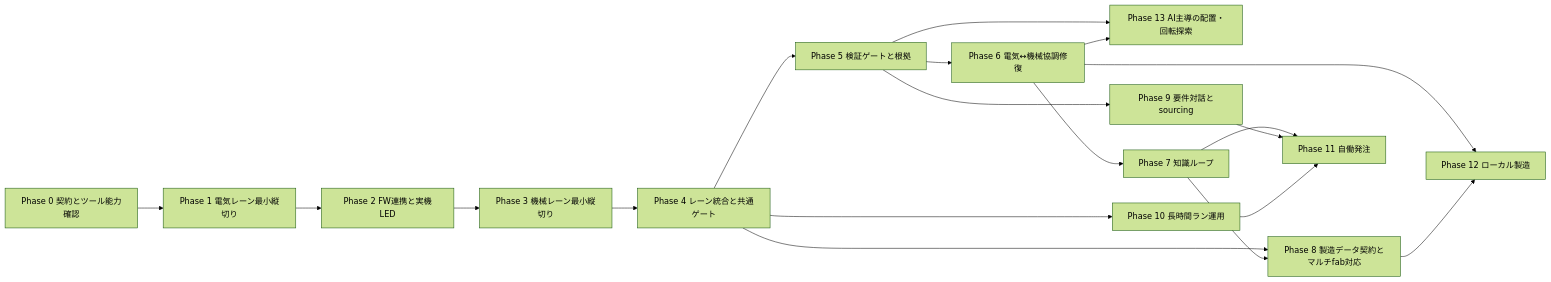
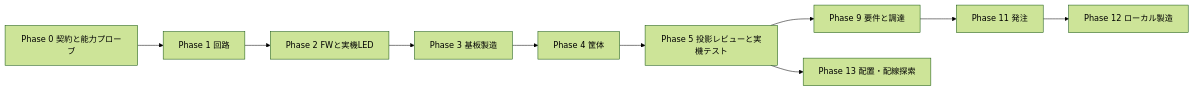
The diagram in docs/roadmap.md (uist1idrju3i/acd-agent), drawn with Mermaid (forest theme) before and after one commit. The commit also changed other lines of this file and 28 other files, not shown here.

````diff
--- a/docs/roadmap.md
+++ b/docs/roadmap.md
@@ -113,21 +31,12 @@
 ```mermaid
 flowchart LR
-    P0["Phase 0 契約とツール能力確認"] --> P1["Phase 1 電気レーン最小縦切り"]
-    P1 --> P2["Phase 2 FW連携と実機LED"]
-    P2 --> P3["Phase 3 機械レーン最小縦切り"]
-    P3 --> P4["Phase 4 レーン統合と共通ゲート"]
-    P4 --> P5["Phase 5 検証ゲートと根拠"]
-    P5 --> P6["Phase 6 電気↔機械協調修復"]
-    P5 --> P13["Phase 13 AI主導の配置・回転探索"]
-    P6 --> P13
-    P6 --> P7["Phase 7 知識ループ"]
-    P4 --> P8["Phase 8 製造データ契約とマルチfab対応"]
-    P7 --> P8
-    P5 --> P9["Phase 9 要件対話とsourcing"]
-    P4 --> P10["Phase 10 長時間ラン運用"]
-    P7 --> P11["Phase 11 自働発注"]
-    P9 --> P11
-    P10 --> P11
-    P6 --> P12["Phase 12 ローカル製造"]
-    P8 --> P12
+    P0[Phase 0 契約と能力プローブ] --> P1[Phase 1 回路]
+    P1 --> P2[Phase 2 FWと実機LED]
+    P2 --> P3[Phase 3 基板製造]
+    P3 --> P4[Phase 4 筐体]
+    P4 --> P5[Phase 5 投影レビューと実機テスト]
+    P5 --> P9[Phase 9 要件と調達]
+    P9 --> P11[Phase 11 発注]
+    P11 --> P12[Phase 12 ローカル製造]
+    P5 --> P13[Phase 13 配置・配線探索]
 ```
````
